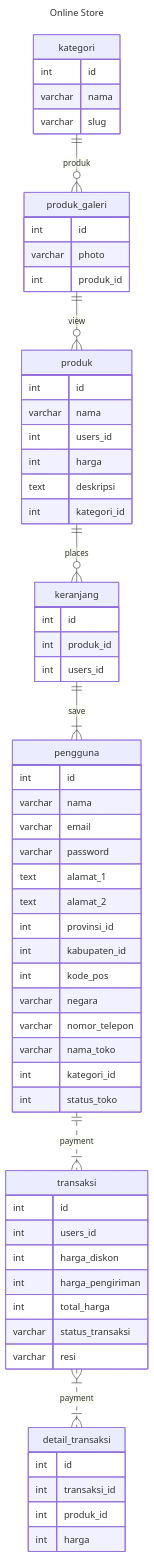
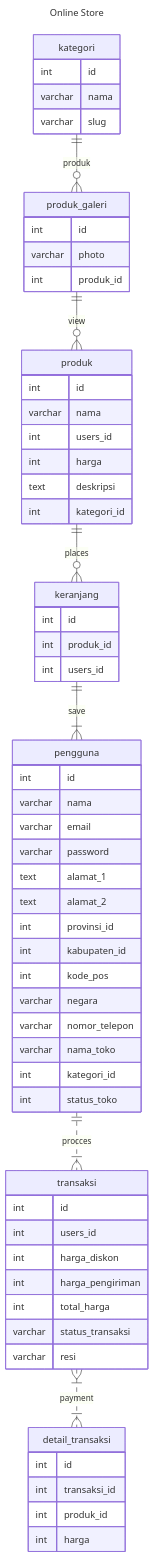
Before and after one commit to sugazq/jobInterview: the first of 2 diagrams in job-interview-answers.md, drawn with Mermaid.

````diff
--- a/job-interview-answers.md
+++ b/job-interview-answers.md
@@ -58,56 +58,56 @@
 ```mermaid
 ---
 title: Online Store
 ---
 erDiagram
     kategori ||--o{ produk_galeri : produk kategori {
         int id
         varchar nama
         varchar slug
 } produk_galeri ||--o{ produk : view produk_galeri {
         int id
         varchar photo
         int produk_id
 } produk ||--o{ keranjang : places produk {
         int id
         varchar nama
         int users_id
         int harga
         text deskripsi
         int kategori_id
 } keranjang ||--|{ pengguna : save keranjang {
         int id
         int produk_id
         int users_id
-} pengguna ||..|{ transaksi : payment pengguna {
+} pengguna ||..|{ transaksi : procces pengguna {
         int id
         varchar nama
         varchar email
         varchar password
         text alamat_1
         text alamat_2
         int provinsi_id
         int kabupaten_id
         int kode_pos
         varchar negara
         varchar nomor_telepon
         varchar nama_toko
         int kategori_id
         int status_toko
 } transaksi }|..|{ detail_transaksi : payment transaksi {
         int id
         int users_id
         int harga_diskon
         int harga_pengiriman
         int total_harga
         varchar status_transaksi
         varchar resi
 } detail_transaksi {
         int id
         int transaksi_id
         int produk_id
         int harga
 }
 
     
 ```
````
